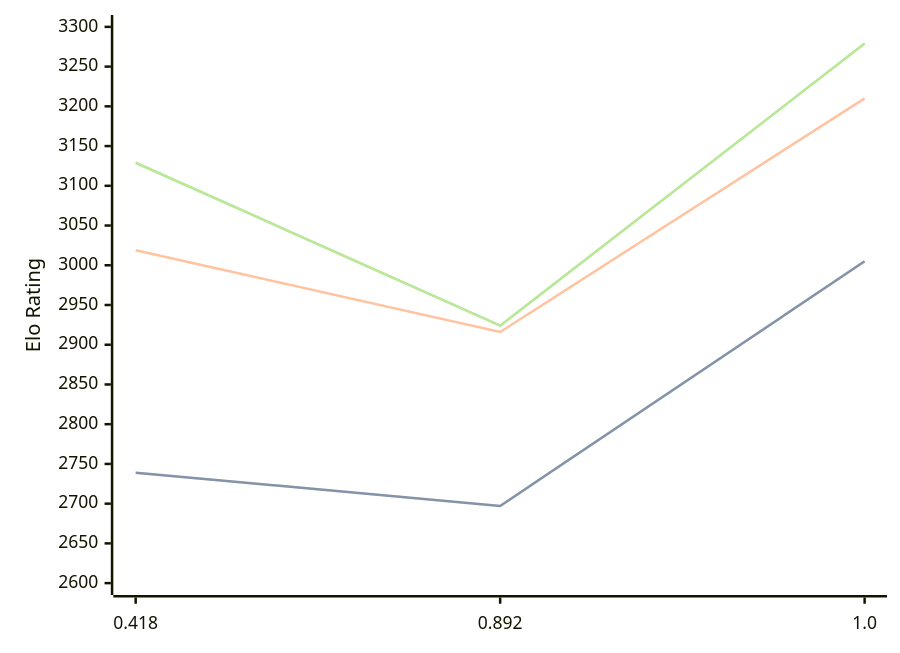
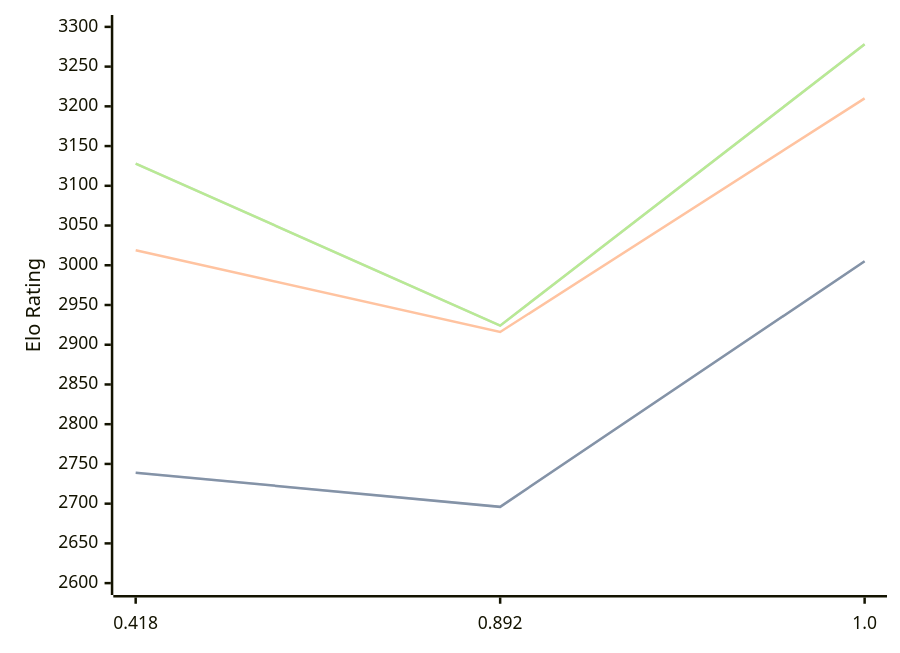
The diagram in engines/Malika.md (computer-chess-index/cci), drawn with Mermaid before and after one commit. The commit also changed other lines of this file, not shown here.

Commit message:
Update CCI Ratings (ELO VLTC) - 2026-04-08

````diff
--- a/engines/Malika.md
+++ b/engines/Malika.md
@@ -33,11 +33,11 @@
 ```mermaid
 %%{init: {"theme":"base","themeVariables":{"seriesColors:['#a3a3a3','#222221','#faa371']}}}%%
 xychart-beta
   x-axis ["0.418", "0.892", "1.0"]
   y-axis "Elo Rating" 2600 --> 3300
-  line "STC (8.0+0.08s)" [2739, 2697, 3005]
-  line "STC (8.0+0.08s)" [2739, 2697, 3005]
+  line "STC (8.0+0.08s)" [2739, 2696, 3005]
+  line "STC (8.0+0.08s)" [2739, 2696, 3005]
   line "LTC (60.0+0.60s)" [3019, 2916, 3210]
-  line "VLTC (2m24s+1.12s)" [3129, 2924, 3279]
-  line "VLTC (2m24s+1.12s)" [3129, 2924, 3279]
+  line "VLTC (2m24s+1.12s)" [3128, 2924, 3278]
+  line "VLTC (2m24s+1.12s)" [3128, 2924, 3278]
 ```
````
